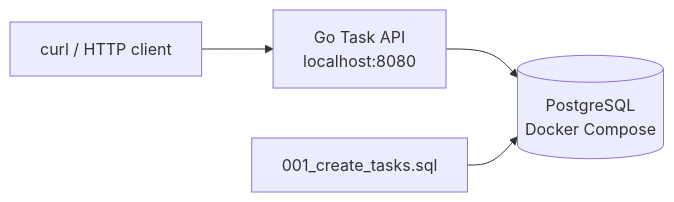
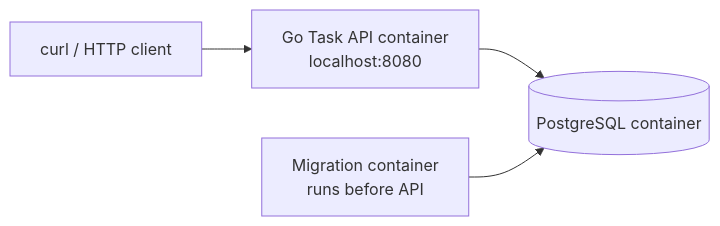
One commit to shivamshashank/cloud-infrastructure-platform changed the first of 2 diagrams in README.md. Above: the diagram before and after it, drawn with Mermaid. The commit also changed other lines of this file and 12 other files, not shown here.

````diff
--- a/README.md
+++ b/README.md
@@ -161,6 +180,6 @@
 ```mermaid
 flowchart LR
-    Client["curl / HTTP client"] --> API["Go Task API<br/>localhost:8080"]
-    API --> DB[("PostgreSQL<br/>Docker Compose")]
-    Migration["001_create_tasks.sql"] --> DB
+    Client["curl / HTTP client"] --> API["Go Task API container<br/>localhost:8080"]
+    API --> DB[("PostgreSQL container")]
+    Migration["Migration container<br/>runs before API"] --> DB
 ```
````
